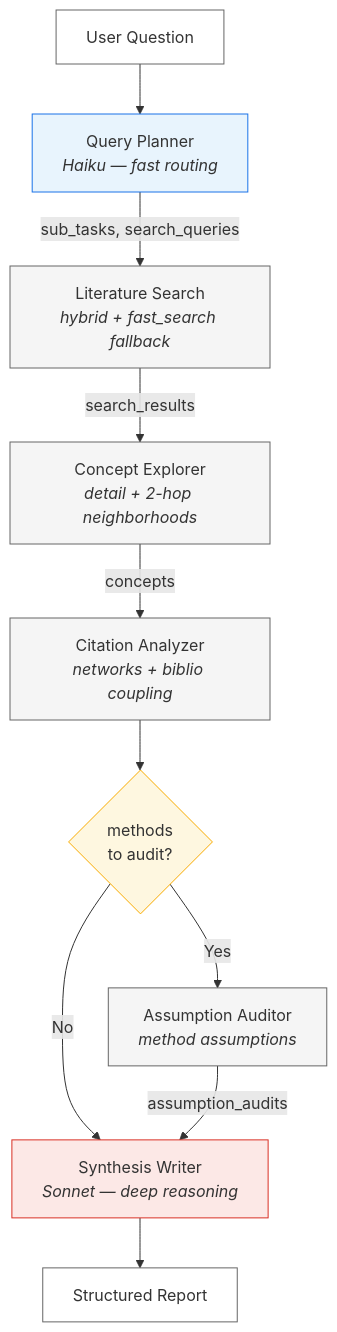
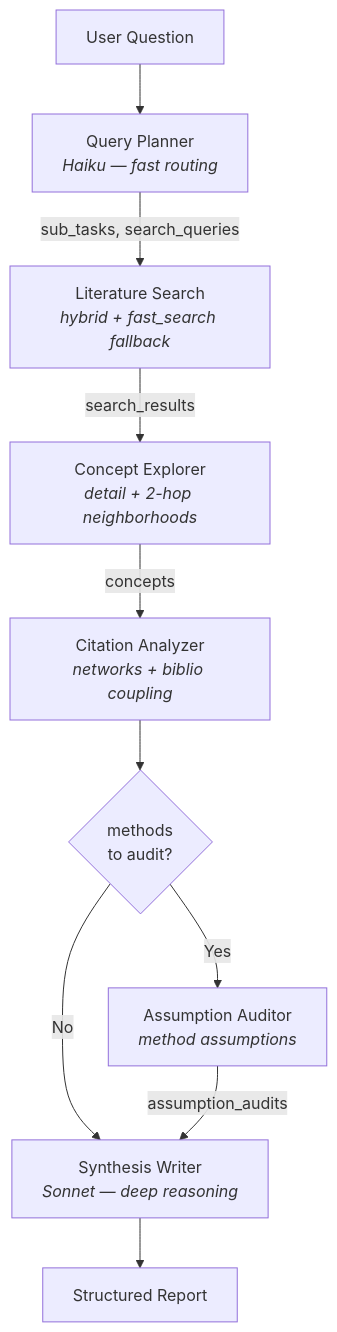
The first of 2 diagrams in README.md (brandon-behring/research-agent), drawn with Mermaid before and after one commit. The commit also changed other lines of this file, not shown here.

Commit message:
fix: Remove hardcoded Mermaid colors for dark mode compatibility
GitHub's Mermaid renderer adapts to light/dark mode automatically
unless overridden. Our explicit fill colors (#fff, #f5f5f5, #e8f4fd)
were unreadable on dark backgrounds. Node labels already carry the
model-tier info (Haiku/Sonnet), so the color legend was redundant.

Generated with Claude Code

````diff
--- a/README.md
+++ b/README.md
@@ -16,31 +16,21 @@
 ```mermaid
 flowchart TD
     Q["User Question"]
     QP["Query Planner<br/><i>Haiku — fast routing</i>"]
     LS["Literature Search<br/><i>hybrid + fast_search fallback</i>"]
     CE["Concept Explorer<br/><i>detail + 2-hop neighborhoods</i>"]
     CA["Citation Analyzer<br/><i>networks + biblio coupling</i>"]
     AA["Assumption Auditor<br/><i>method assumptions</i>"]
     SW["Synthesis Writer<br/><i>Sonnet — deep reasoning</i>"]
     R["Structured Report"]
 
     Q --> QP
     QP -->|"sub_tasks, search_queries"| LS
     LS -->|"search_results"| CE
     CE -->|"concepts"| CA
     CA --> D{methods<br/>to audit?}
     D -->|Yes| AA
     D -->|No| SW
     AA -->|"assumption_audits"| SW
     SW --> R
-
-    style Q fill:#fff,stroke:#666
-    style QP fill:#e8f4fd,stroke:#1a73e8
-    style LS fill:#f5f5f5,stroke:#666
-    style CE fill:#f5f5f5,stroke:#666
-    style CA fill:#f5f5f5,stroke:#666
-    style AA fill:#f5f5f5,stroke:#666
-    style SW fill:#fce8e6,stroke:#d93025
-    style D fill:#fef7e0,stroke:#f9ab00
-    style R fill:#fff,stroke:#666
 ```
````
